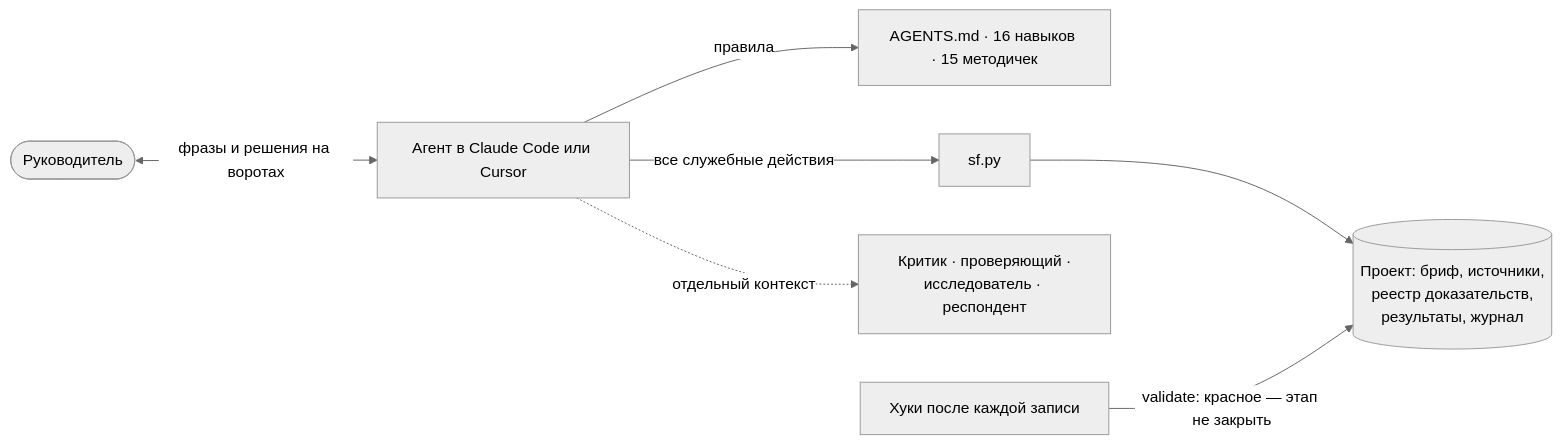
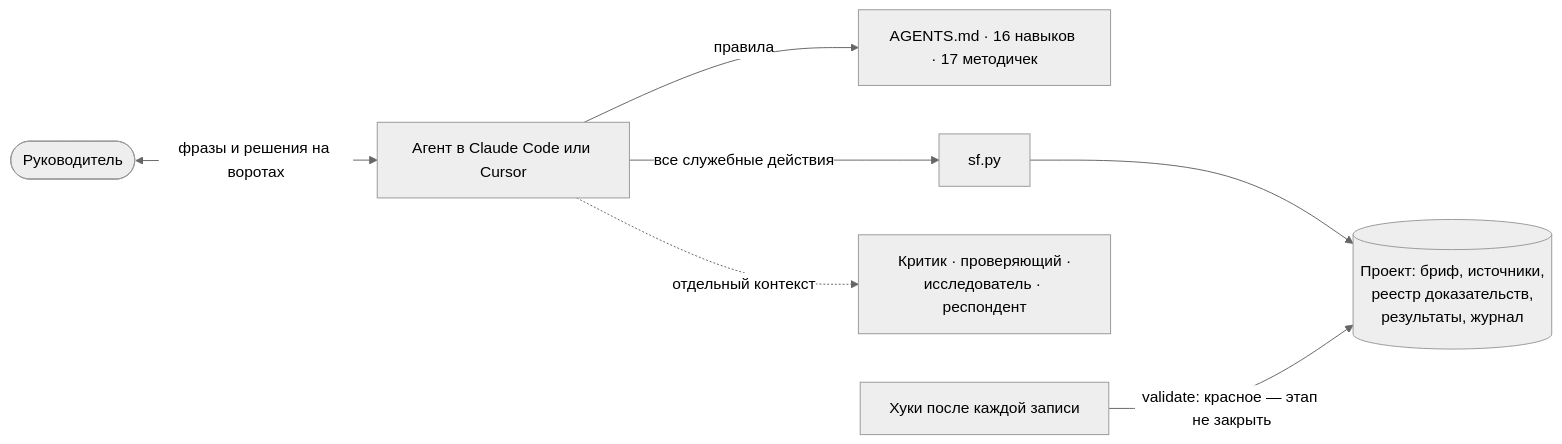
One commit to marrxse/product-factory-strategist changed the diagram in README.md. Above: the diagram before and after it, drawn with Mermaid (neutral theme). The commit also changed other lines of this file and 31 other files, not shown here.

````diff
--- a/README.md
+++ b/README.md
@@ -98,9 +99,9 @@
 ```mermaid
 flowchart LR
     H([Руководитель]) <-->|фразы и решения на воротах| A[Агент в Claude Code или Cursor]
-    A -->|правила| R[AGENTS.md · 16 навыков · 15 методичек]
+    A -->|правила| R[AGENTS.md · 16 навыков · 17 методичек]
     A -->|все служебные действия| S[sf.py]
     S --> P[(Проект: бриф, источники,<br/>реестр доказательств,<br/>результаты, журнал)]
     A -.->|отдельный контекст| C[Критик · проверяющий ·<br/>исследователь · респондент]
     K[Хуки после каждой записи] -->|validate: красное — этап не закрыть| P
 ```
````
